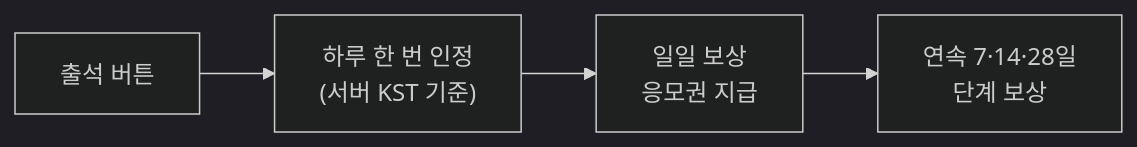
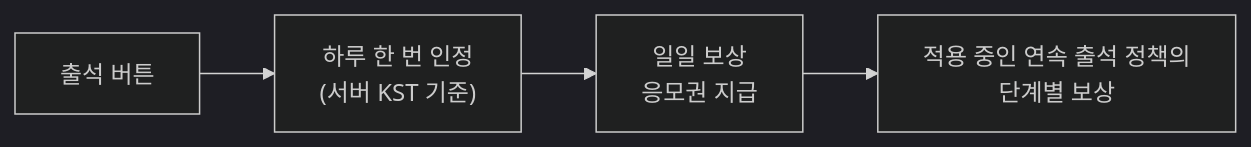
Before and after one commit to Uplus-GETDDO/getddo-be: the tenth of 27 diagrams in README.md, drawn with Mermaid (dark theme). The commit also changed other lines of this file and 2 other files, not shown here.

````diff
--- a/README.md
+++ b/README.md
@@ -446,6 +685,6 @@
 ```mermaid
 flowchart LR
     Press["출석 버튼"] --> Day["하루 한 번 인정<br/>(서버 KST 기준)"]
     Day --> Daily["일일 보상<br/>응모권 지급"]
-    Daily --> Streak["연속 7·14·28일<br/>단계 보상"]
+    Daily --> Streak["적용 중인 연속 출석 정책의<br/>단계별 보상"]
 ```
````
